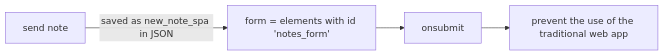
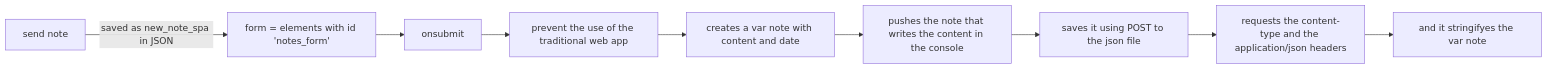
The third of 3 diagrams in README.md (Mafant13/FullStackOpenCourse), drawn with Mermaid before and after one commit.

````diff
--- a/README.md
+++ b/README.md
@@ -20,5 +20,6 @@
 ``` mermaid
   flowchart LR
 
-A[send note] --> |saved as new_note_spa in JSON| B[form = elements with id 'notes_form'] --> C[onsubmit] --> D[prevent the use of the traditional web app]
+A[send note] --> |saved as new_note_spa in JSON| B[form = elements with id 'notes_form'] --> C[onsubmit] --> D[prevent the use of the traditional web app] --> E[creates a var note with content and date] -->
+F[pushes the note that writes the content in the console] --> G[saves it using POST to the json file] --> H[requests the content-type and the application/json headers] --> I[and it stringifyes the var note]
 ```
````
